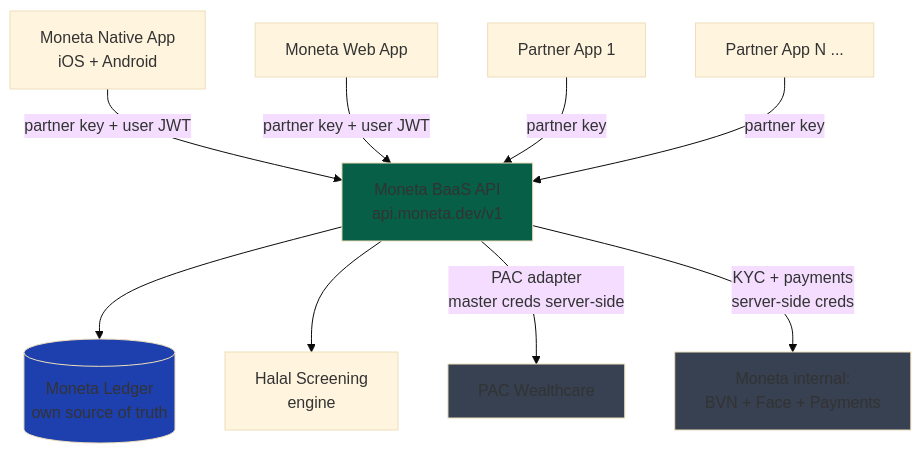
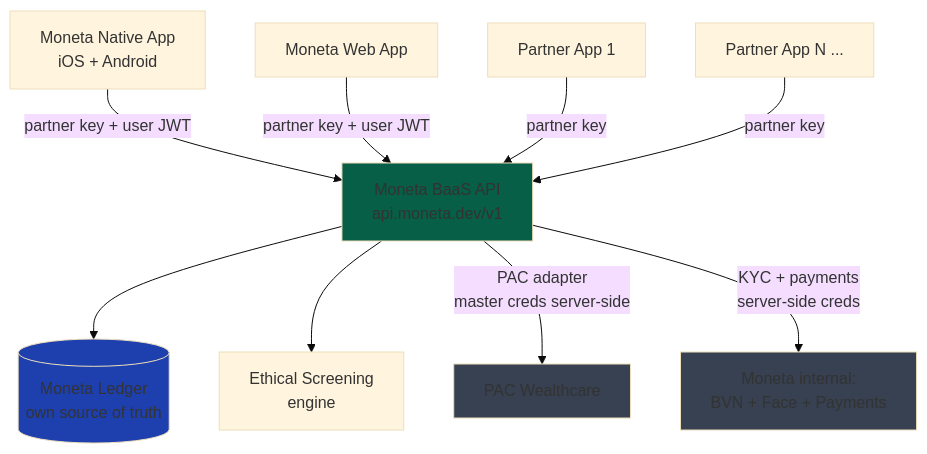
Before and after one commit to Emmanuel-Entonu/ETICO-STOCK-TRADING-MOBILE-APP: the second of 2 diagrams in PRODUCT_HANDOFF.md, drawn with Mermaid (base theme). The commit also changed other lines of this file and 8 other files, not shown here.

````diff
--- a/PRODUCT_HANDOFF.md
+++ b/PRODUCT_HANDOFF.md
@@ -285,27 +285,27 @@
 ```mermaid
 graph TB
     Native[Moneta Native App<br/>iOS + Android]
     Web[Moneta Web App]
     Partner1[Partner App 1]
     PartnerN[Partner App N ...]
     BaaS[Moneta BaaS API<br/>api.moneta.dev/v1]
     Ledger[(Moneta Ledger<br/>own source of truth)]
-    Halal[Halal Screening<br/>engine]
+    Ethical[Ethical Screening<br/>engine]
     PAC[PAC Wealthcare]
     MonetaSvc[Moneta internal:<br/>BVN + Face + Payments]
 
     Native -->|partner key + user JWT| BaaS
     Web -->|partner key + user JWT| BaaS
     Partner1 -->|partner key| BaaS
     PartnerN -->|partner key| BaaS
 
     BaaS --> Ledger
-    BaaS --> Halal
+    BaaS --> Ethical
     BaaS -->|PAC adapter<br/>master creds server-side| PAC
     BaaS -->|KYC + payments<br/>server-side creds| MonetaSvc
 
     style BaaS fill:#065f46
     style Ledger fill:#1e40af
     style PAC fill:#374151
     style MonetaSvc fill:#374151
 ```
````
